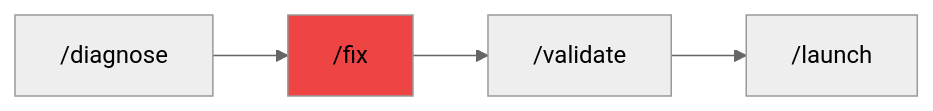
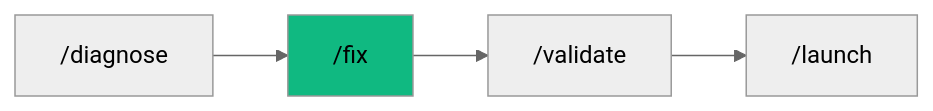
Before and after one commit to pikakit/agent-skills: the diagram in .agent/workflows/fix.md, drawn with Mermaid (neutral theme). The commit also changed other lines of this file and 272 other files, not shown here.

````diff
--- a/.agent/workflows/fix.md
+++ b/.agent/workflows/fix.md
@@ -148,7 +207,7 @@
 ```mermaid
 graph LR
     A["/diagnose"] --> B["/fix"]
     B --> C["/validate"]
     C --> D["/launch"]
-    style B fill:#ef4444
+    style B fill:#10b981
 ```
````
